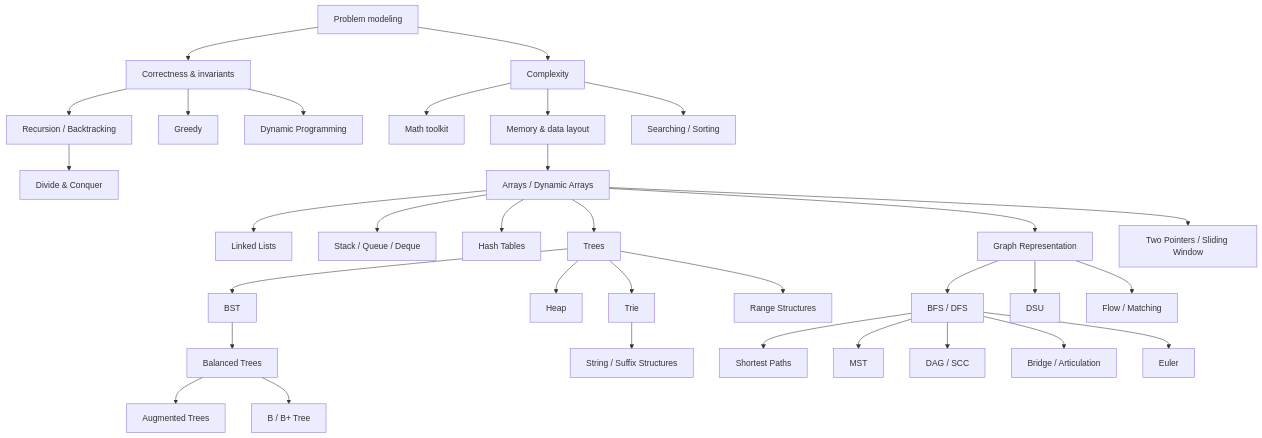
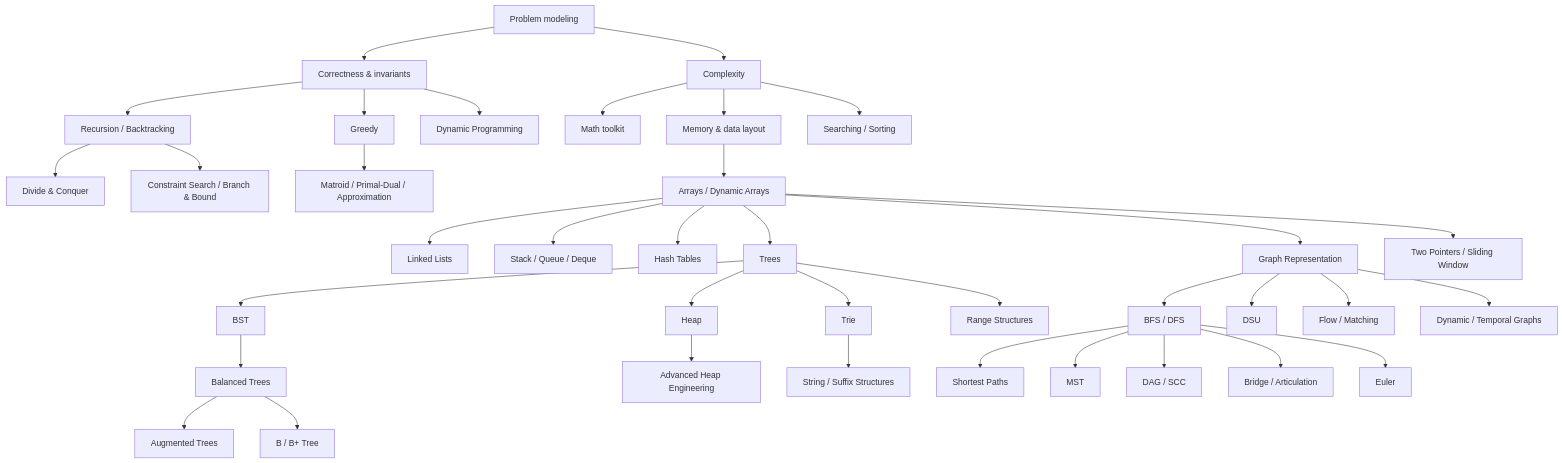
One commit to hunggtham/learning-docs changed the diagram in computer_science/01_algorithms_data_structures/advanced/README.md. Above: the diagram before and after it, drawn with Mermaid. The commit also changed other lines of this file and 68 other files, not shown here.

````diff
--- a/computer_science/01_algorithms_data_structures/advanced/README.md
+++ b/computer_science/01_algorithms_data_structures/advanced/README.md
@@ -102,35 +111,39 @@
 ```mermaid
 flowchart TD
     A[Problem modeling] --> B[Correctness & invariants]
     A --> C[Complexity]
     C --> D[Math toolkit]
     C --> E[Memory & data layout]
     E --> F[Arrays / Dynamic Arrays]
     F --> G[Linked Lists]
     F --> H[Stack / Queue / Deque]
     F --> I[Hash Tables]
     F --> J[Trees]
     J --> K[BST]
     K --> L[Balanced Trees]
     L --> M[Augmented Trees]
     J --> N[Heap]
+    N --> N2[Advanced Heap Engineering]
     J --> O[Trie]
     L --> P[B / B+ Tree]
     F --> Q[Graph Representation]
     Q --> R[BFS / DFS]
     R --> S[Shortest Paths]
     R --> T[MST]
     R --> U[DAG / SCC]
     Q --> V[DSU]
     R --> W[Bridge / Articulation]
     R --> X[Euler]
     Q --> Y[Flow / Matching]
+    Q --> Y2[Dynamic / Temporal Graphs]
     C --> Z[Searching / Sorting]
     B --> AA[Recursion / Backtracking]
     AA --> AB[Divide & Conquer]
+    AA --> AB2[Constraint Search / Branch & Bound]
     B --> AC[Greedy]
+    AC --> AC2[Matroid / Primal-Dual / Approximation]
     B --> AD[Dynamic Programming]
     F --> AE[Two Pointers / Sliding Window]
     J --> AF[Range Structures]
     O --> AG[String / Suffix Structures]
 ```
````
